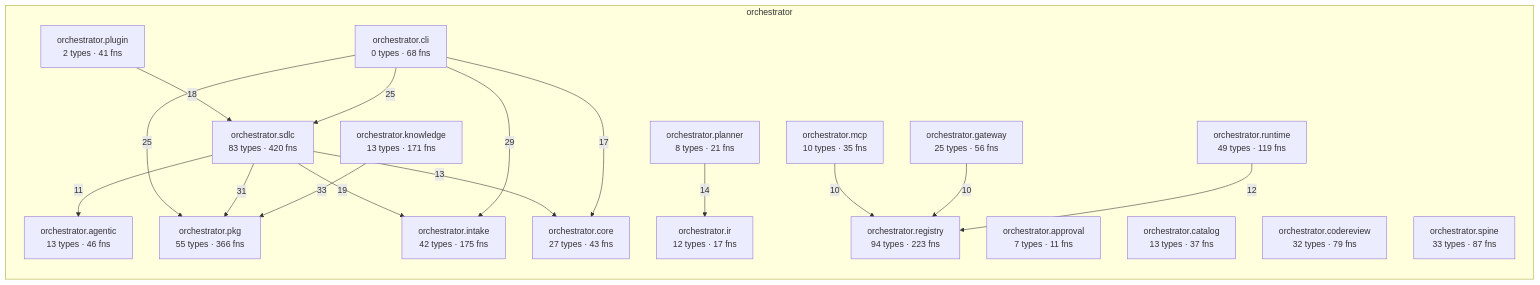
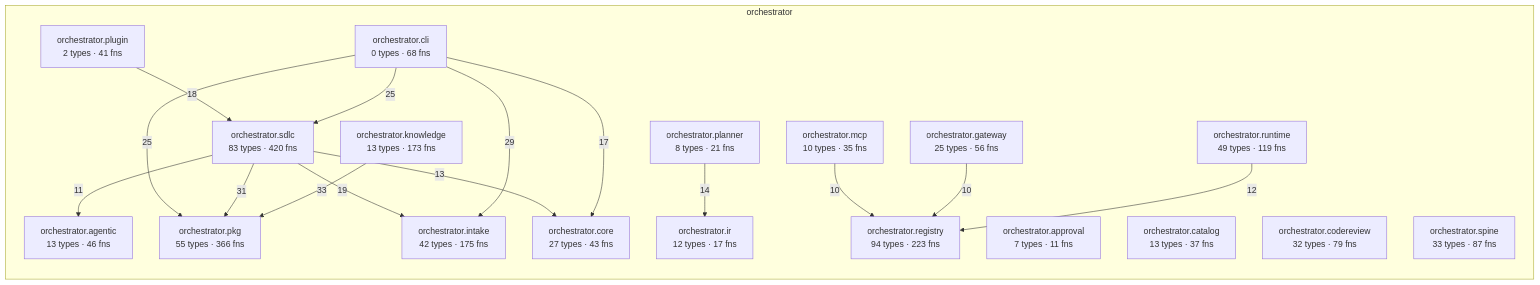
The diagram in episteme/architecture.md (synaptixs/spine), drawn with Mermaid before and after one commit. The commit also changed other lines of this file and 10 other files, not shown here.

````diff
--- a/episteme/architecture.md
+++ b/episteme/architecture.md
@@ -54,37 +54,37 @@
 ```mermaid
 flowchart LR
   subgraph z_orchestrator["orchestrator"]
     aorchestratoragentic["orchestrator.agentic<br/>13 types · 46 fns"]
     aorchestratorapproval["orchestrator.approval<br/>7 types · 11 fns"]
     aorchestratorcatalog["orchestrator.catalog<br/>13 types · 37 fns"]
     aorchestratorcli["orchestrator.cli<br/>0 types · 68 fns"]
     aorchestratorcodereview["orchestrator.codereview<br/>32 types · 79 fns"]
     aorchestratorcore["orchestrator.core<br/>27 types · 43 fns"]
     aorchestratorgateway["orchestrator.gateway<br/>25 types · 56 fns"]
     aorchestratorintake["orchestrator.intake<br/>42 types · 175 fns"]
     aorchestratorir["orchestrator.ir<br/>12 types · 17 fns"]
-    aorchestratorknowledge["orchestrator.knowledge<br/>13 types · 171 fns"]
+    aorchestratorknowledge["orchestrator.knowledge<br/>13 types · 173 fns"]
     aorchestratormcp["orchestrator.mcp<br/>10 types · 35 fns"]
     aorchestratorpkg["orchestrator.pkg<br/>55 types · 366 fns"]
     aorchestratorplanner["orchestrator.planner<br/>8 types · 21 fns"]
     aorchestratorplugin["orchestrator.plugin<br/>2 types · 41 fns"]
     aorchestratorregistry["orchestrator.registry<br/>94 types · 223 fns"]
     aorchestratorruntime["orchestrator.runtime<br/>49 types · 119 fns"]
     aorchestratorsdlc["orchestrator.sdlc<br/>83 types · 420 fns"]
     aorchestratorspine["orchestrator.spine<br/>33 types · 87 fns"]
   end
   aorchestratorknowledge -->|33| aorchestratorpkg
   aorchestratorsdlc -->|31| aorchestratorpkg
   aorchestratorcli -->|29| aorchestratorintake
   aorchestratorcli -->|25| aorchestratorsdlc
   aorchestratorcli -->|25| aorchestratorpkg
   aorchestratorsdlc -->|19| aorchestratorintake
   aorchestratorplugin -->|18| aorchestratorsdlc
   aorchestratorcli -->|17| aorchestratorcore
   aorchestratorplanner -->|14| aorchestratorir
   aorchestratorsdlc -->|13| aorchestratorcore
   aorchestratorruntime -->|12| aorchestratorregistry
   aorchestratorsdlc -->|11| aorchestratoragentic
   aorchestratorgateway -->|10| aorchestratorregistry
   aorchestratormcp -->|10| aorchestratorregistry
 ```
````
